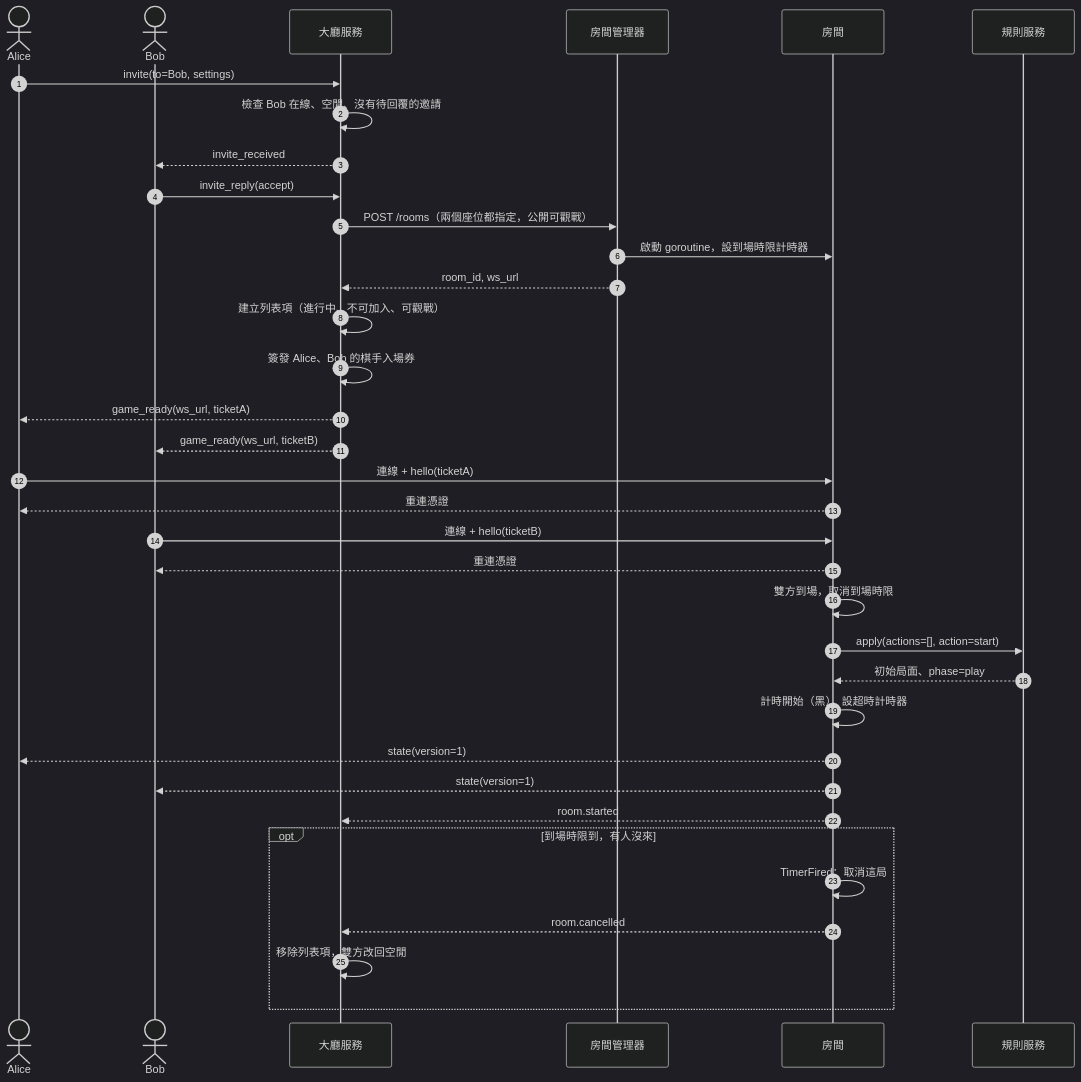
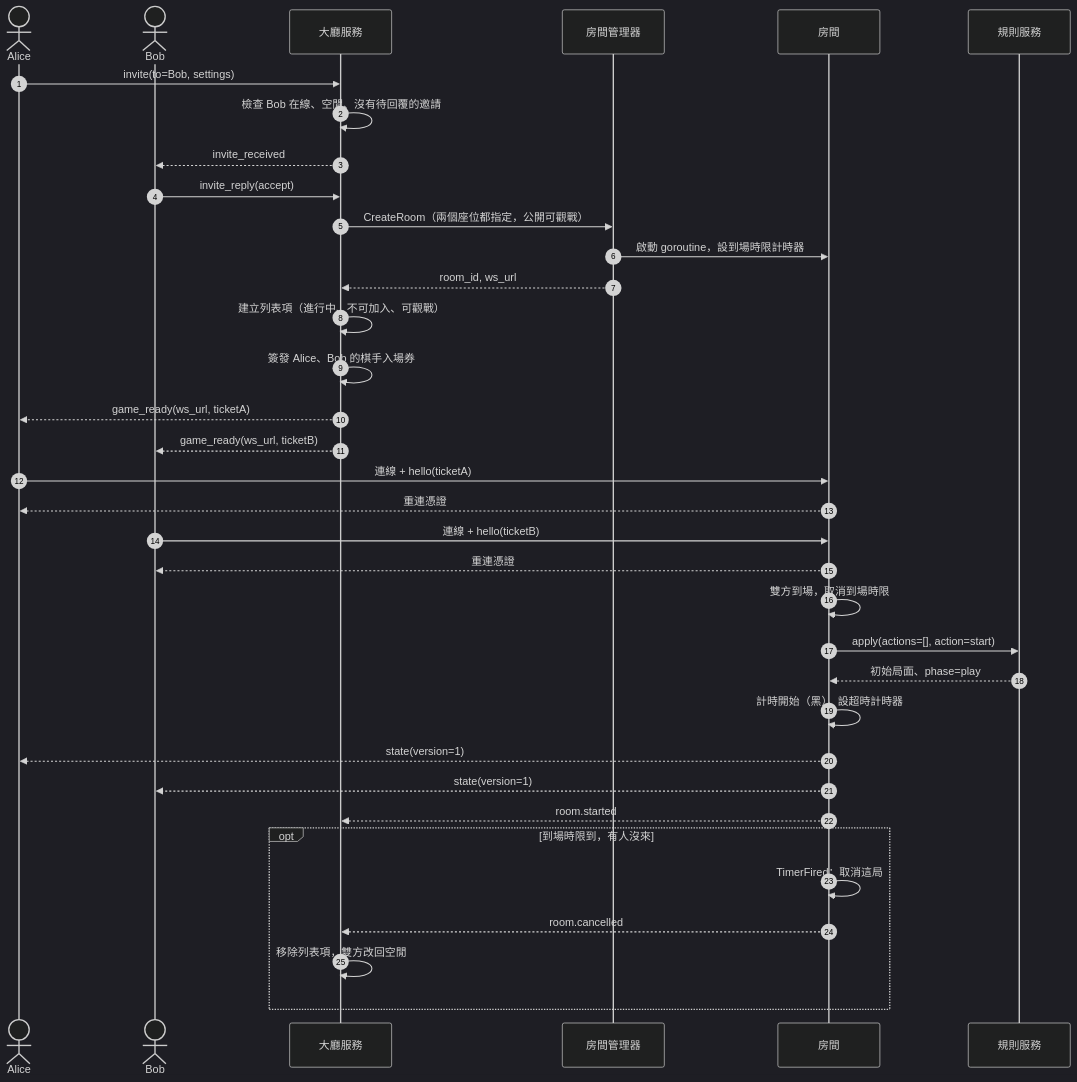
One commit to yshsu0918/yi-arena changed the second of 5 diagrams in docs/arch2.md. Above: the diagram before and after it, drawn with Mermaid (dark theme). The commit also changed other lines of this file and 1 other file, not shown here.

First line of the commit message:
Decide route: thin Go lobby, three separate services over gRPC; add roadmap

````diff
--- a/docs/arch2.md
+++ b/docs/arch2.md
@@ -273,39 +286,39 @@
 ```mermaid
 sequenceDiagram
   autonumber
   actor A as Alice
   actor B as Bob
   participant L as 大廳服務
   participant M as 房間管理器
   participant R as 房間
   participant S as 規則服務
 
   A->>L: invite(to=Bob, settings)
   L->>L: 檢查 Bob 在線、空閒、沒有待回覆的邀請
   L-->>B: invite_received
   B->>L: invite_reply(accept)
-  L->>M: POST /rooms（兩個座位都指定，公開可觀戰）
+  L->>M: CreateRoom（兩個座位都指定，公開可觀戰）
   M->>R: 啟動 goroutine，設到場時限計時器
   M-->>L: room_id, ws_url
   L->>L: 建立列表項（進行中、不可加入、可觀戰）
   L->>L: 簽發 Alice、Bob 的棋手入場券
   L-->>A: game_ready(ws_url, ticketA)
   L-->>B: game_ready(ws_url, ticketB)
   A->>R: 連線 + hello(ticketA)
   R-->>A: 重連憑證
   B->>R: 連線 + hello(ticketB)
   R-->>B: 重連憑證
   R->>R: 雙方到場，取消到場時限
   R->>S: apply(actions=[], action=start)
   S-->>R: 初始局面、phase=play
   R->>R: 計時開始（黑），設超時計時器
   R-->>A: state(version=1)
   R-->>B: state(version=1)
   R-->>L: room.started
 
   opt 到場時限到，有人沒來
     R->>R: TimerFired：取消這局
     R-->>L: room.cancelled
     L->>L: 移除列表項，雙方改回空閒
   end
 ```
````
